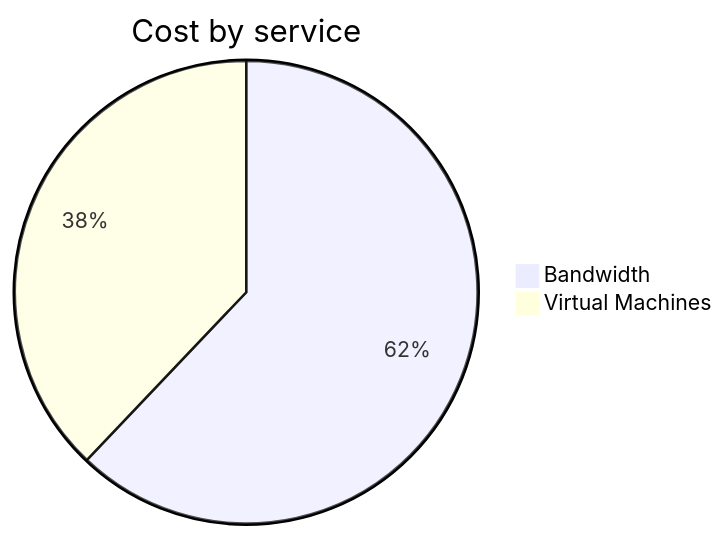
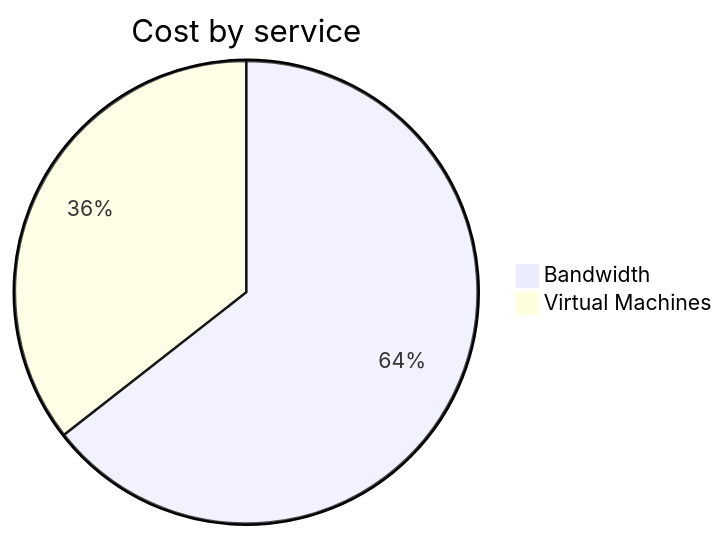
Before and after one commit to jpfulton/azure-personal-reports: the second of 4 diagrams in cost-reports/personal-network/vpn-server.md, drawn with Mermaid. The commit also changed other lines of this file and 9 other files, not shown here.

````diff
--- a/cost-reports/personal-network/vpn-server.md
+++ b/cost-reports/personal-network/vpn-server.md
@@ -66,6 +66,6 @@
 ```mermaid
 pie
    title Cost by service
-   "Bandwidth" : 3.80
-   "Virtual Machines" : 2.32
+   "Bandwidth" : 4.53
+   "Virtual Machines" : 2.50
 ```
````
